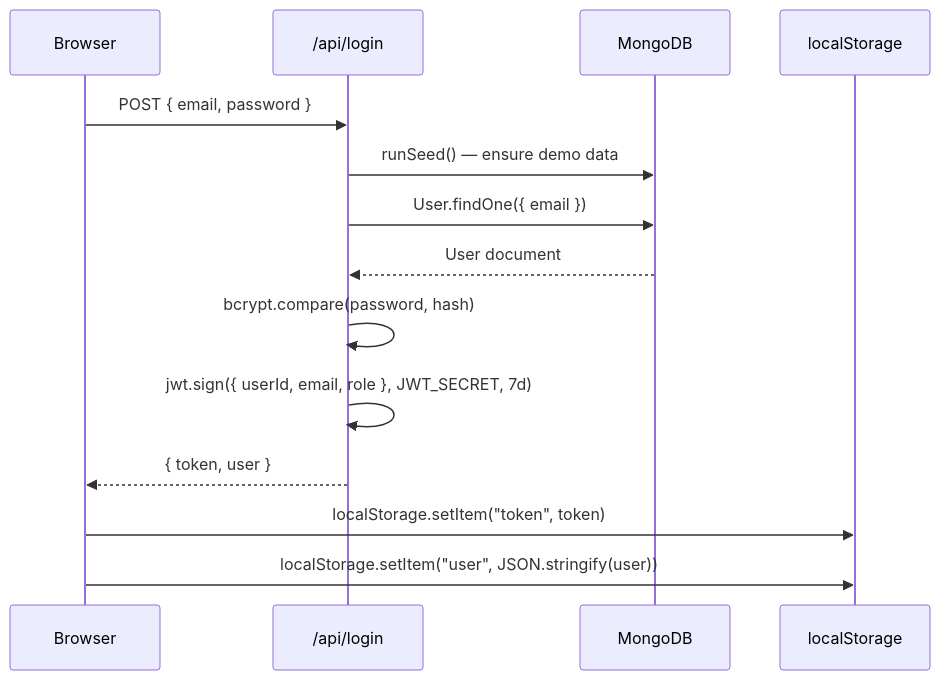
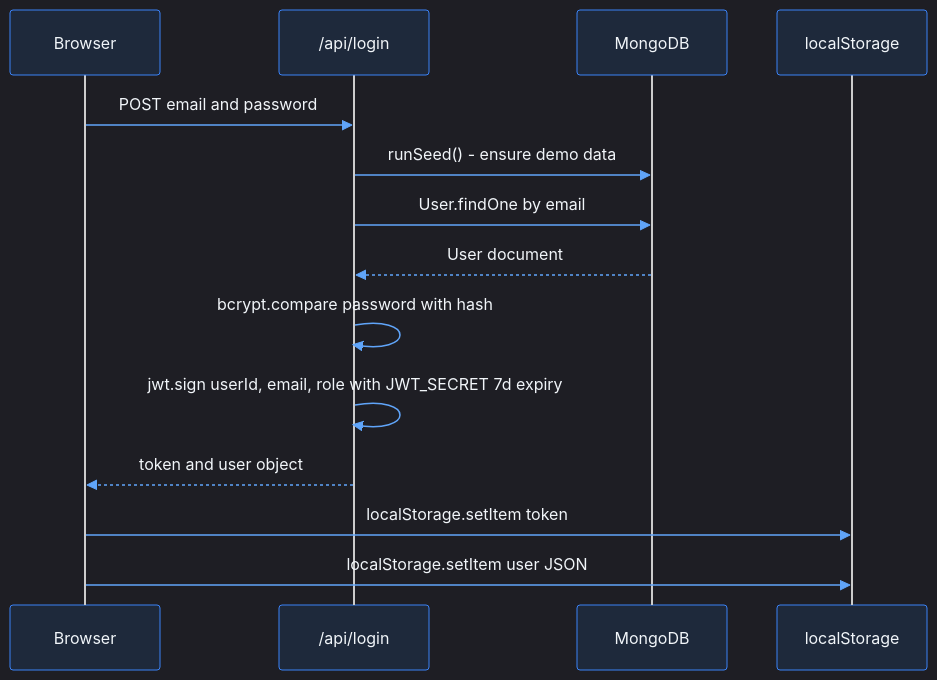
Before and after one commit to sgk18/NoteNova: the fourth of 5 diagrams in README.md, drawn with Mermaid. The commit also changed other lines of this file, not shown here.

Commit message:
docs: clean up README formatting, modernize Mermaid diagram themes, and update schema definitions

````diff
--- a/README.md
+++ b/README.md
@@ -1195,17 +1198,18 @@
 ```mermaid
+%%{init: {'theme': 'dark', 'themeVariables': {'primaryColor': '#1e3a5f', 'primaryTextColor': '#e2e8f0', 'primaryBorderColor': '#3b82f6', 'lineColor': '#60a5fa', 'secondaryColor': '#1e293b', 'activationBkgColor': '#1e3a5f', 'activationBorderColor': '#3b82f6', 'actorBkg': '#1e293b', 'actorBorder': '#3b82f6', 'actorTextColor': '#f1f5f9', 'noteBkgColor': '#0f172a', 'noteTextColor': '#94a3b8', 'signalColor': '#60a5fa', 'signalTextColor': '#f1f5f9'}}}%%
 sequenceDiagram
     participant Browser
     participant API as /api/login
     participant DB as MongoDB
     participant LS as localStorage
 
-    Browser->>API: POST { email, password }
-    API->>DB: runSeed() — ensure demo data
-    API->>DB: User.findOne({ email })
+    Browser->>API: POST email and password
+    API->>DB: runSeed() - ensure demo data
+    API->>DB: User.findOne by email
     DB-->>API: User document
-    API->>API: bcrypt.compare(password, hash)
-    API->>API: jwt.sign({ userId, email, role }, JWT_SECRET, 7d)
-    API-->>Browser: { token, user }
-    Browser->>LS: localStorage.setItem("token", token)
-    Browser->>LS: localStorage.setItem("user", JSON.stringify(user))
+    API->>API: bcrypt.compare password with hash
+    API->>API: jwt.sign userId, email, role with JWT_SECRET 7d expiry
+    API-->>Browser: token and user object
+    Browser->>LS: localStorage.setItem token
+    Browser->>LS: localStorage.setItem user JSON
 ```
````
